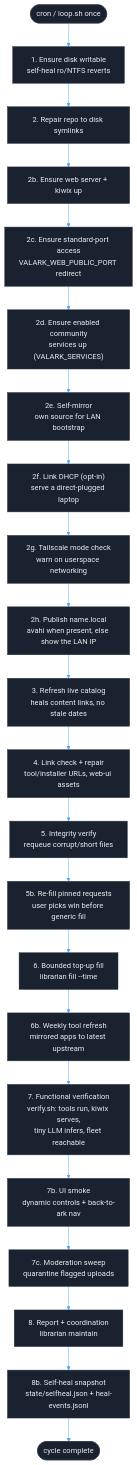
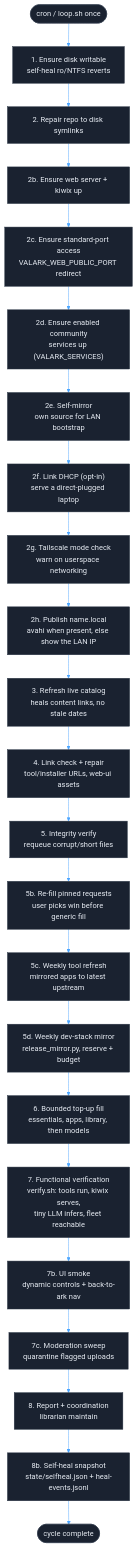
Before and after one commit to mvalancy/val-ark: the third of 6 diagrams in docs/ARCHITECTURE.md, drawn with Mermaid. The commit also changed other lines of this file and 50 other files, not shown here.

First line of the commit message:
Release 0.1.38 — Gitea, apps and library before models (#395)

````diff
--- a/docs/ARCHITECTURE.md
+++ b/docs/ARCHITECTURE.md
@@ -216,32 +216,33 @@
 ```mermaid
 %%{init: {'theme': 'base', 'themeVariables': {
   'primaryColor': '#1a2230',
   'primaryBorderColor': '#2a3545',
   'primaryTextColor': '#e8edf4',
   'lineColor': '#4da6ff',
   'secondaryColor': '#131921',
   'tertiaryColor': '#0a0e14'
 }}}%%
 flowchart TD
     CRON([cron / loop.sh once]) --> WRITE["1. Ensure disk writable<br/>self-heal ro/NTFS reverts"]
     WRITE --> LAYOUT["2. Repair repo to disk symlinks"]
     LAYOUT --> WEB["2b. Ensure web server + kiwix up"]
     WEB --> PUB["2c. Ensure standard-port access<br/>VALARK_WEB_PUBLIC_PORT redirect"]
     PUB --> SVCS["2d. Ensure enabled community<br/>services up (VALARK_SERVICES)"]
     SVCS --> SELF["2e. Self-mirror<br/>own source for LAN bootstrap"]
     SELF --> LDHCP["2f. Link DHCP (opt-in)<br/>serve a direct-plugged laptop"]
     LDHCP --> TSMODE["2g. Tailscale mode check<br/>warn on userspace networking"]
     TSMODE --> MDNS["2h. Publish name.local<br/>avahi when present, else show the LAN IP"]
     MDNS --> REFRESH["3. Refresh live catalog<br/>heals content links, no stale dates"]
     REFRESH --> LINK["4. Link check + repair<br/>tool/installer URLs, web-ui assets"]
     LINK --> INTEG["5. Integrity verify<br/>requeue corrupt/short files"]
     INTEG --> PINS["5b. Re-fill pinned requests<br/>user picks win before generic fill"]
-    PINS --> FILL["6. Bounded top-up fill<br/>librarian fill --time"]
-    FILL --> TOOLREF["6b. Weekly tool refresh<br/>mirrored apps to latest upstream"]
-    TOOLREF --> FUNC["7. Functional verification<br/>verify.sh: tools run, kiwix serves,<br/>tiny LLM infers, fleet reachable"]
+    PINS --> TOOLREF["5c. Weekly tool refresh<br/>mirrored apps to latest upstream"]
+    TOOLREF --> DEVSTACK["5d. Weekly dev-stack mirror<br/>release_mirror.py, reserve + budget"]
+    DEVSTACK --> FILL["6. Bounded top-up fill<br/>essentials, apps, library, then models"]
+    FILL --> FUNC["7. Functional verification<br/>verify.sh: tools run, kiwix serves,<br/>tiny LLM infers, fleet reachable"]
     FUNC --> UISMOKE["7b. UI smoke<br/>dynamic controls + back-to-ark nav"]
     UISMOKE --> MOD["7c. Moderation sweep<br/>quarantine flagged uploads"]
     MOD --> REPORT["8. Report + coordination<br/>librarian maintain"]
     REPORT --> SNAP["8b. Self-heal snapshot<br/>state/selfheal.json + heal-events.jsonl"]
     SNAP --> DONE([cycle complete])
 ```
````
